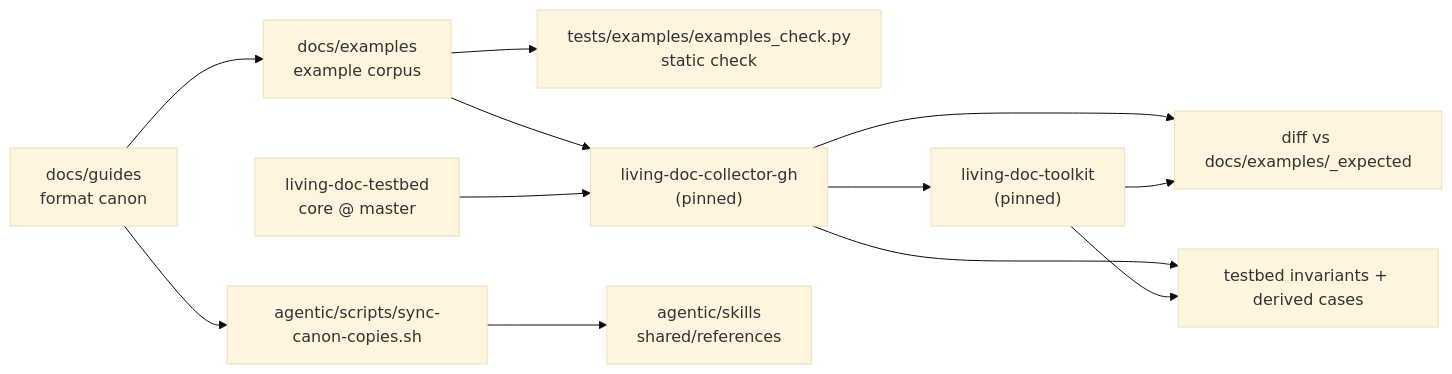
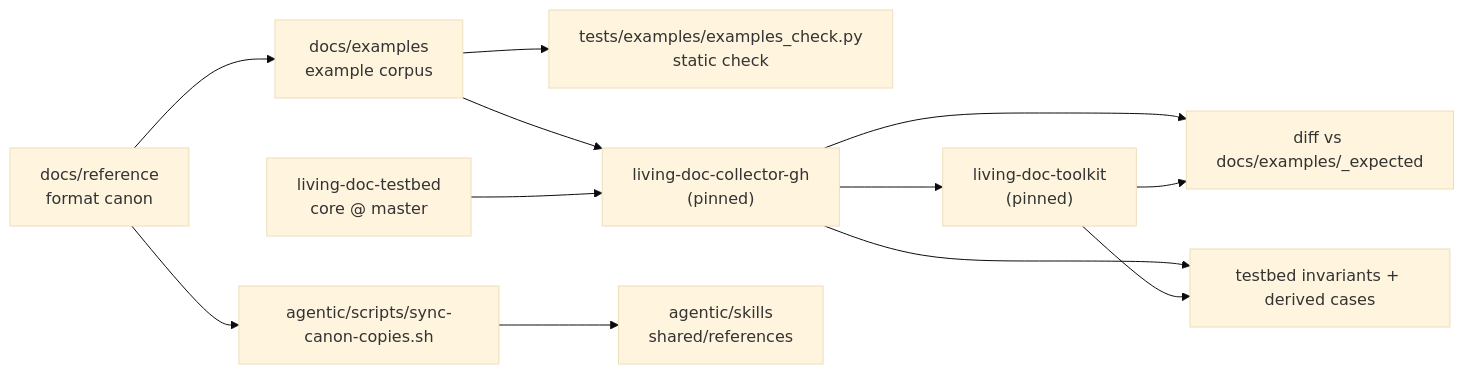
Before and after one commit to AbsaOSS/living-doc: the diagram in CONTEXT.md, drawn with Mermaid (base theme). The commit also changed other lines of this file and 57 other files, not shown here.

First line of the commit message:
#72: Move the canon to reference pages and add an authoring guide (#76)

````diff
--- a/CONTEXT.md
+++ b/CONTEXT.md
@@ -31,13 +31,13 @@
 ```mermaid
 flowchart LR
-    canon["docs/guides<br/>format canon"] --> corpus["docs/examples<br/>example corpus"]
+    canon["docs/reference<br/>format canon"] --> corpus["docs/examples<br/>example corpus"]
     corpus --> static["tests/examples/examples_check.py<br/>static check"]
     corpus --> collector["living-doc-collector-gh<br/>(pinned)"]
     testbed["living-doc-testbed<br/>core @ master"] --> collector
     collector --> toolkit["living-doc-toolkit<br/>(pinned)"]
     collector --> snap["diff vs docs/examples/_expected"]
     toolkit --> snap
     collector --> inv["testbed invariants + derived cases"]
     toolkit --> inv
     canon --> sync["agentic/scripts/sync-canon-copies.sh"] --> skills["agentic/skills<br/>shared/references"]
 ```
````
